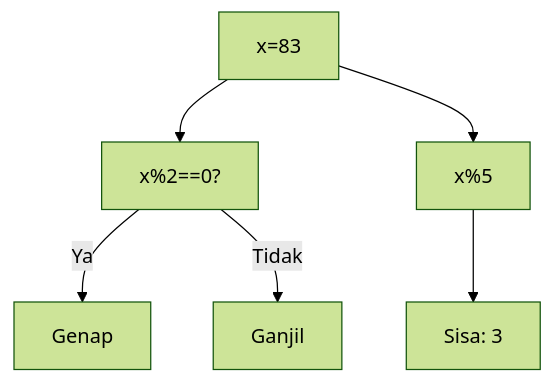
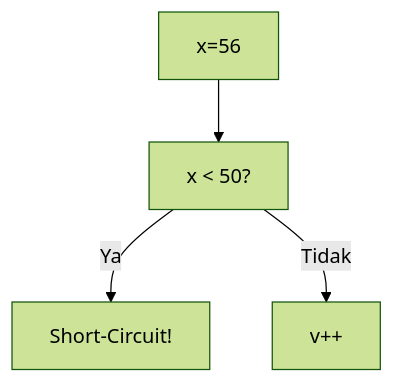
The eighth of 25 diagrams in part-c-pemahaman-cpp/02-percabangan/latihan/set-11.md (amnahwaida/OSNK_INF_PREP), drawn with Mermaid (forest theme) before and after one commit. The commit also changed other lines of this file and 71 other files, not shown here.

````diff
--- a/part-c-pemahaman-cpp/02-percabangan/latihan/set-11.md
+++ b/part-c-pemahaman-cpp/02-percabangan/latihan/set-11.md
@@ -207,8 +219,6 @@
 ```mermaid
 graph TD
-A["x=83"] --> B["x%2==0?"]
-B -- Ya --> C["Genap"]
-B -- Tidak --> D["Ganjil"]
-A --> E["x%5"]
-E --> F["Sisa: 3"]
+A["x=56"] --> B["x < 50?"]
+B -- Ya --> C["Short-Circuit!"]
+B -- Tidak --> D["v++"]
 ```
````
